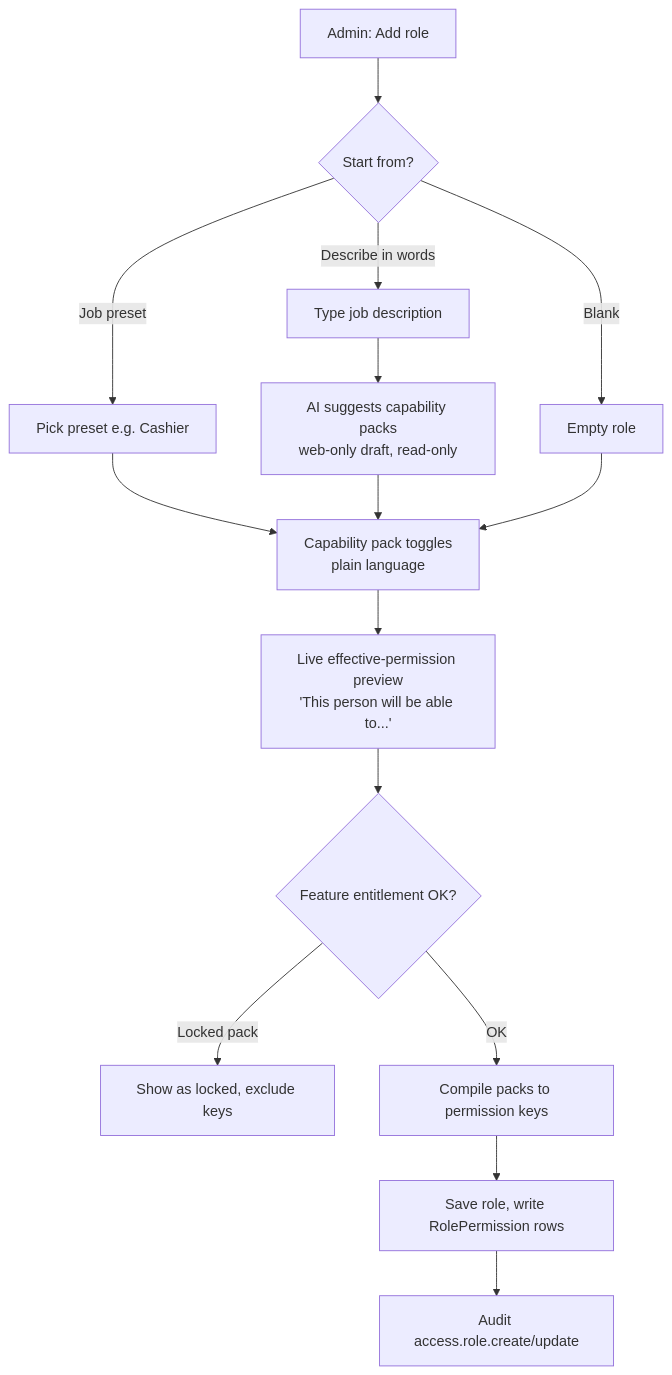
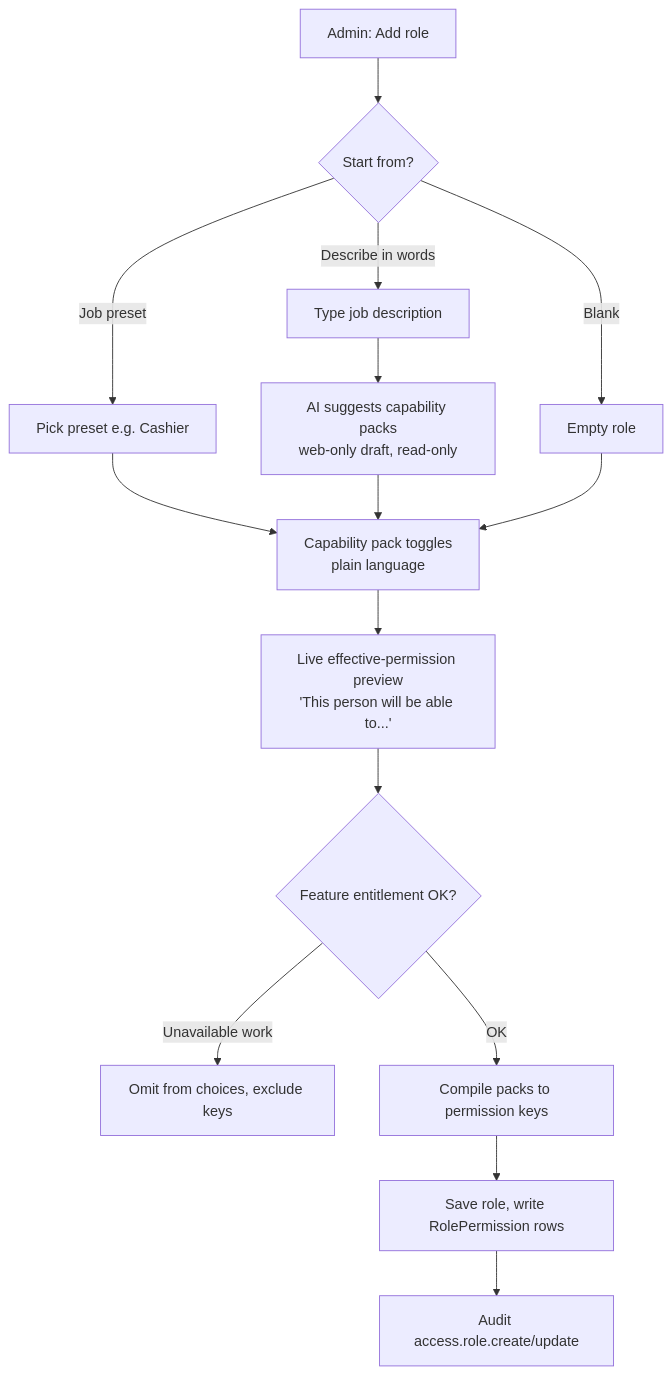
The third of 7 diagrams in docs/plans/employee-access-role-management-v2-plan.md (sandwich09/mangmeeplus), drawn with Mermaid before and after one commit. The commit also changed other lines of this file and 9 other files, not shown here.

````diff
--- a/docs/plans/employee-access-role-management-v2-plan.md
+++ b/docs/plans/employee-access-role-management-v2-plan.md
@@ -194,17 +194,17 @@
 ```mermaid
 flowchart TD
     A[Admin: Add role] --> B{Start from?}
     B -->|Job preset| C[Pick preset e.g. Cashier]
     B -->|Describe in words| D[Type job description]
     B -->|Blank| E[Empty role]
     D --> F[AI suggests capability packs<br/>web-only draft, read-only]
     C --> G[Capability pack toggles<br/>plain language]
     F --> G
     E --> G
     G --> H[Live effective-permission preview<br/>'This person will be able to...']
     H --> I{Feature entitlement OK?}
-    I -->|Locked pack| J[Show as locked, exclude keys]
+    I -->|Unavailable work| J[Omit from choices, exclude keys]
     I -->|OK| K[Compile packs to permission keys]
     K --> L[Save role, write RolePermission rows]
     L --> M[Audit access.role.create/update]
 ```
````
